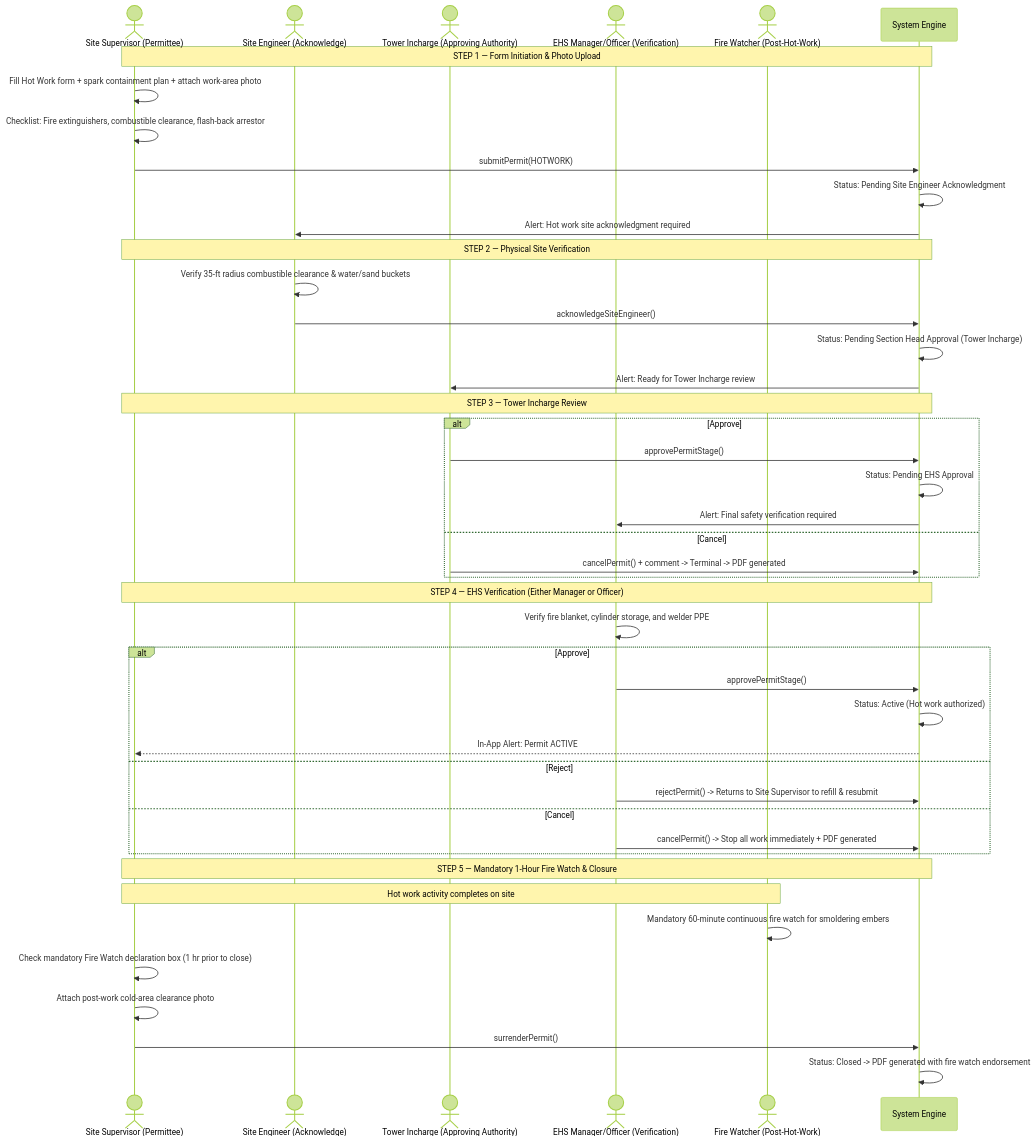
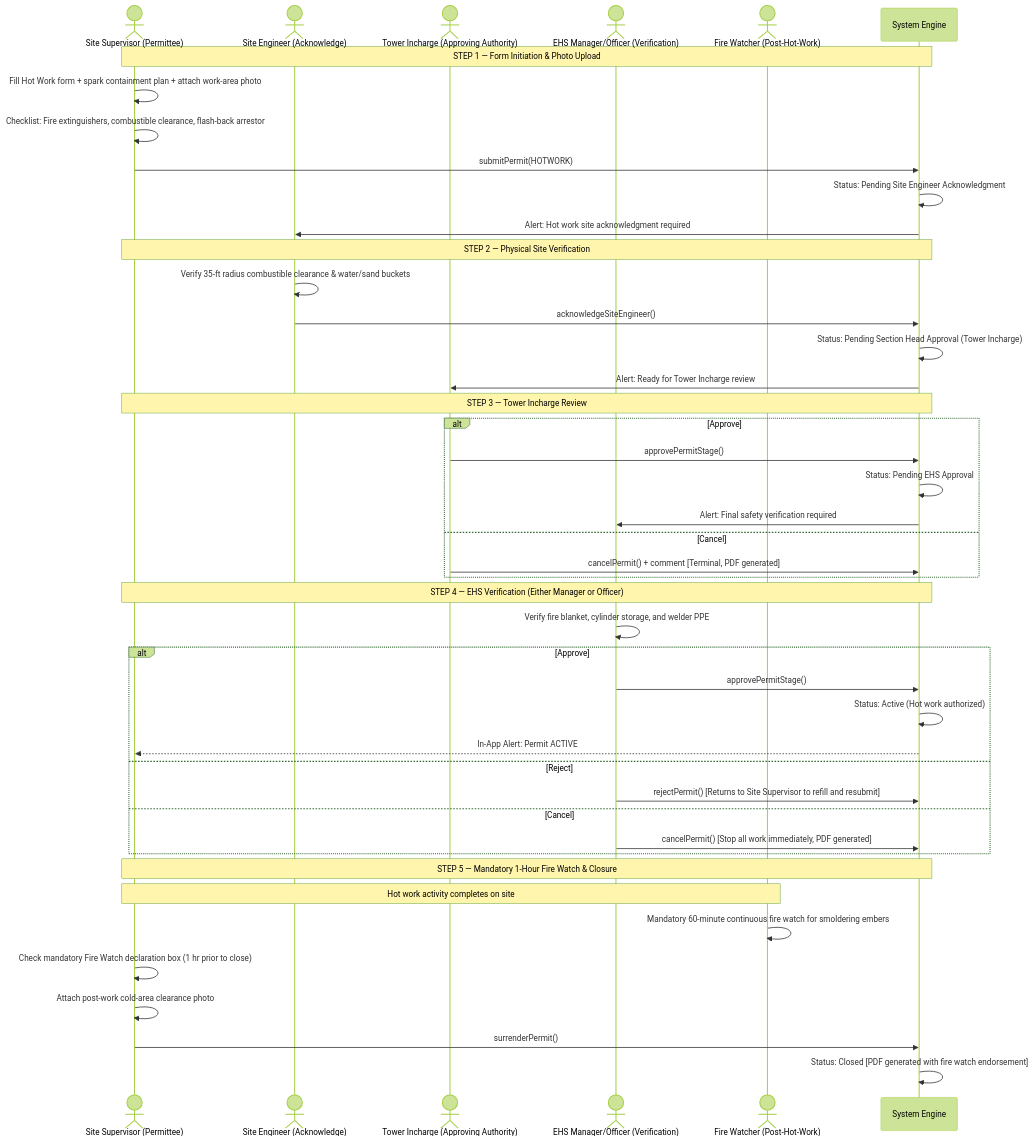
Before and after one commit to AuroGroupAutomationBot/ARPL-EHS-Demo: diagram 15 of 32 in README.md, drawn with Mermaid (forest theme). The commit also changed other lines of this file, not shown here.

````diff
--- a/README.md
+++ b/README.md
@@ -1324,51 +1334,51 @@
 ```mermaid
 sequenceDiagram
     actor SS as Site Supervisor (Permittee)
     actor SE as Site Engineer (Acknowledge)
     actor TI as Tower Incharge (Approving Authority)
     actor EHS as EHS Manager/Officer (Verification)
     actor FW as Fire Watcher (Post-Hot-Work)
     participant SYS as System Engine
 
     Note over SS,SYS: STEP 1 — Form Initiation & Photo Upload
     SS->>SS: Fill Hot Work form + spark containment plan + attach work-area photo
     SS->>SS: Checklist: Fire extinguishers, combustible clearance, flash-back arrestor
     SS->>SYS: submitPermit(HOTWORK)
     SYS->>SYS: Status: Pending Site Engineer Acknowledgment
     SYS->>SE: Alert: Hot work site acknowledgment required
 
     Note over SS,SYS: STEP 2 — Physical Site Verification
     SE->>SE: Verify 35-ft radius combustible clearance & water/sand buckets
     SE->>SYS: acknowledgeSiteEngineer()
     SYS->>SYS: Status: Pending Section Head Approval (Tower Incharge)
     SYS->>TI: Alert: Ready for Tower Incharge review
 
     Note over SS,SYS: STEP 3 — Tower Incharge Review
     alt Approve
         TI->>SYS: approvePermitStage()
         SYS->>SYS: Status: Pending EHS Approval
         SYS->>EHS: Alert: Final safety verification required
     else Cancel
-        TI->>SYS: cancelPermit() + comment -> Terminal -> PDF generated
+        TI->>SYS: cancelPermit() + comment [Terminal, PDF generated]
     end
 
     Note over SS,SYS: STEP 4 — EHS Verification (Either Manager or Officer)
     EHS->>EHS: Verify fire blanket, cylinder storage, and welder PPE
     alt Approve
         EHS->>SYS: approvePermitStage()
         SYS->>SYS: Status: Active (Hot work authorized)
         SYS-->>SS: In-App Alert: Permit ACTIVE
     else Reject
-        EHS->>SYS: rejectPermit() -> Returns to Site Supervisor to refill & resubmit
+        EHS->>SYS: rejectPermit() [Returns to Site Supervisor to refill and resubmit]
     else Cancel
-        EHS->>SYS: cancelPermit() -> Stop all work immediately + PDF generated
+        EHS->>SYS: cancelPermit() [Stop all work immediately, PDF generated]
     end
 
     Note over SS,SYS: STEP 5 — Mandatory 1-Hour Fire Watch & Closure
     Note over SS,FW: Hot work activity completes on site
     FW->>FW: Mandatory 60-minute continuous fire watch for smoldering embers
     SS->>SS: Check mandatory Fire Watch declaration box (1 hr prior to close)
     SS->>SS: Attach post-work cold-area clearance photo
     SS->>SYS: surrenderPermit()
-    SYS->>SYS: Status: Closed -> PDF generated with fire watch endorsement
+    SYS->>SYS: Status: Closed [PDF generated with fire watch endorsement]
 ```
````
